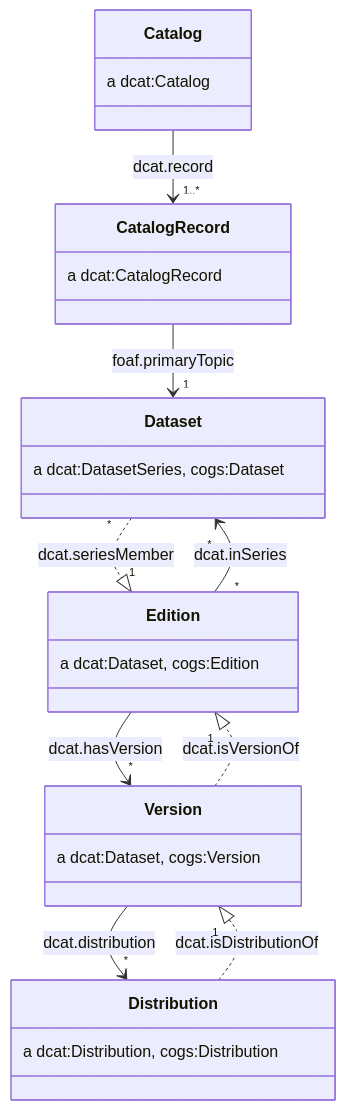
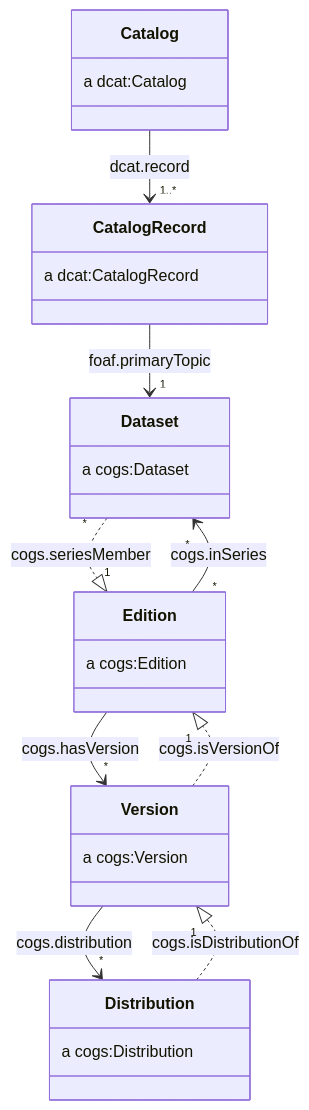
Before and after one commit to ONSdigital/application-profile: the first of 3 diagrams in cataloguing.md, drawn with Mermaid. The commit also changed other lines of this file, not shown here.

Commit message:
Refactor COGS RDF namespace, update class names and properties

````diff
--- a/cataloguing.md
+++ b/cataloguing.md
@@ -7,32 +7,32 @@
 ```mermaid
 classDiagram
     class Catalog {
         a dcat:Catalog
     }
     class CatalogRecord {
         a dcat:CatalogRecord
     }
     class Dataset{
-        a dcat:DatasetSeries, cogs:Dataset
+        a cogs:Dataset
     }
     class Edition {
-        a dcat:Dataset, cogs:Edition
+        a cogs:Edition
     }
     class Version {
-        a dcat:Dataset, cogs:Version
+        a cogs:Version
     }
     class Distribution {
-        a dcat:Distribution, cogs:Distribution
+        a cogs:Distribution
     }
 
     Catalog --> "1..*" CatalogRecord : dcat.record
     CatalogRecord --> "1" Dataset : foaf.primaryTopic
 
-    Edition --> "*" Version : dcat.hasVersion
-    Version --> "*" Distribution : dcat.distribution
+    Edition --> "*" Version : cogs.hasVersion
+    Version --> "*" Distribution : cogs.distribution
 
-    Edition "*" --> "*" Dataset : dcat.inSeries
-    Distribution ..|> "1" Version : dcat.isDistributionOf
-    Version ..|> "1" Edition : dcat.isVersionOf
-    Dataset "*" ..|> "1" Edition : dcat.seriesMember
+    Edition "*" --> "*" Dataset : cogs.inSeries
+    Distribution ..|> "1" Version : cogs.isDistributionOf
+    Version ..|> "1" Edition : cogs.isVersionOf
+    Dataset "*" ..|> "1" Edition : cogs.seriesMember
 ```
````
